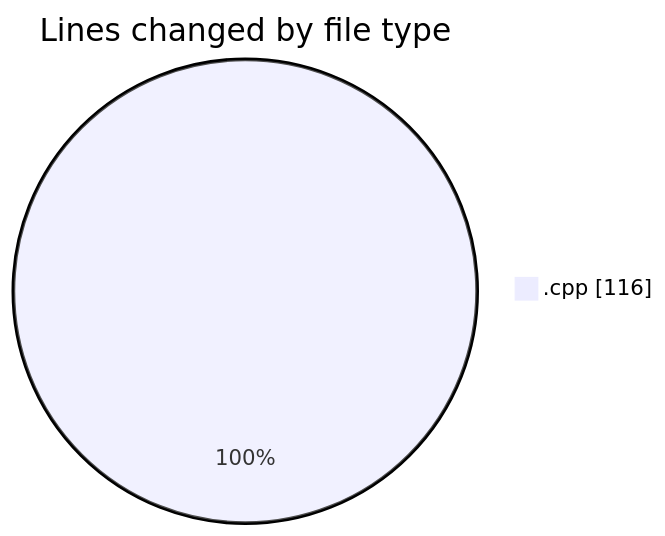
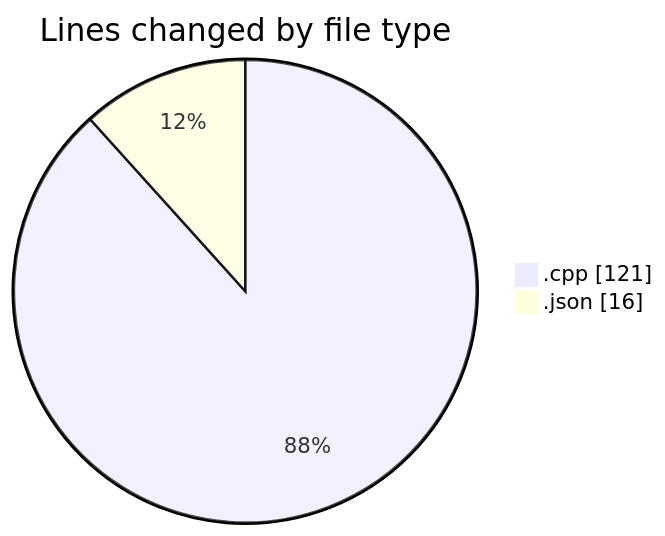
One commit to Netris89/code-tracking changed the first of 2 diagrams in 2025-04-23/echo/README.md. Above: the diagram before and after it, drawn with Mermaid. The commit also changed other lines of this file and 1 other file, not shown here.

````diff
--- a/2025-04-23/echo/README.md
+++ b/2025-04-23/echo/README.md
@@ -20,5 +21,6 @@
 ```mermaid
 pie showData
 title Lines changed by file type
-".cpp" : 116
+".cpp" : 121
+".json" : 16
 ```
````
